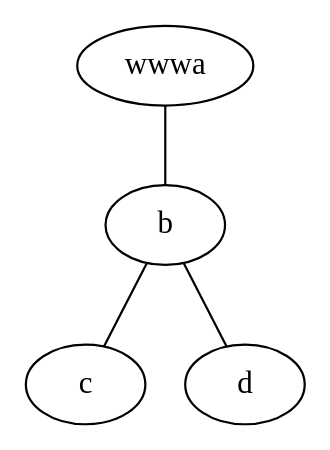
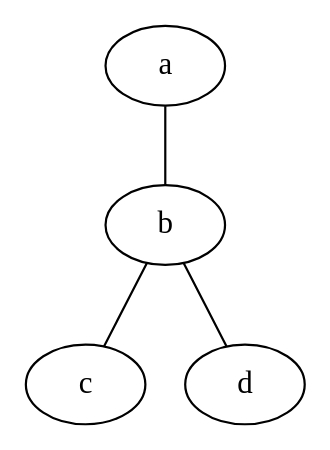
Before and after one commit to art049/pydot-rs: the diagram in samples/undir.dot, drawn with Graphviz. The commit also changed 9 other files, not shown here.

```diff
--- a/samples/undir.dot
+++ b/samples/undir.dot
@@ -1,4 +1,4 @@
 graph graphname {
-    wwwa -- b -- c;
+    a -- b -- c;
     b -- d;
 }
```
